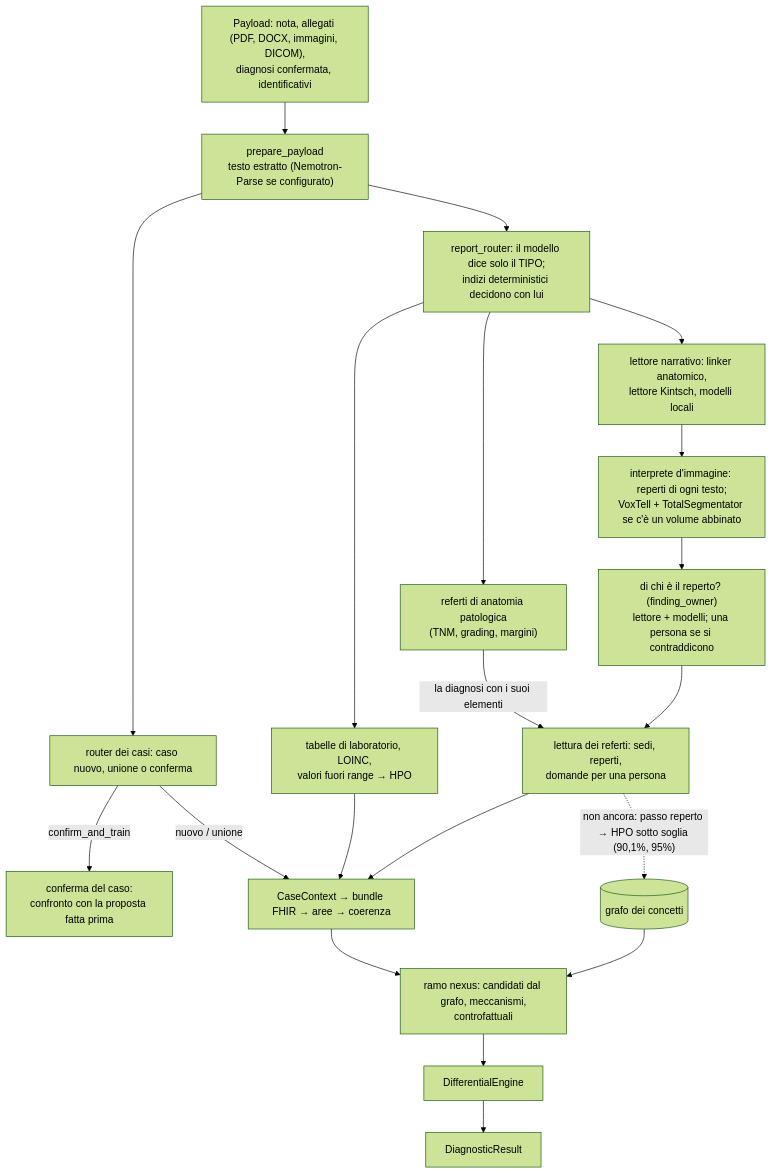
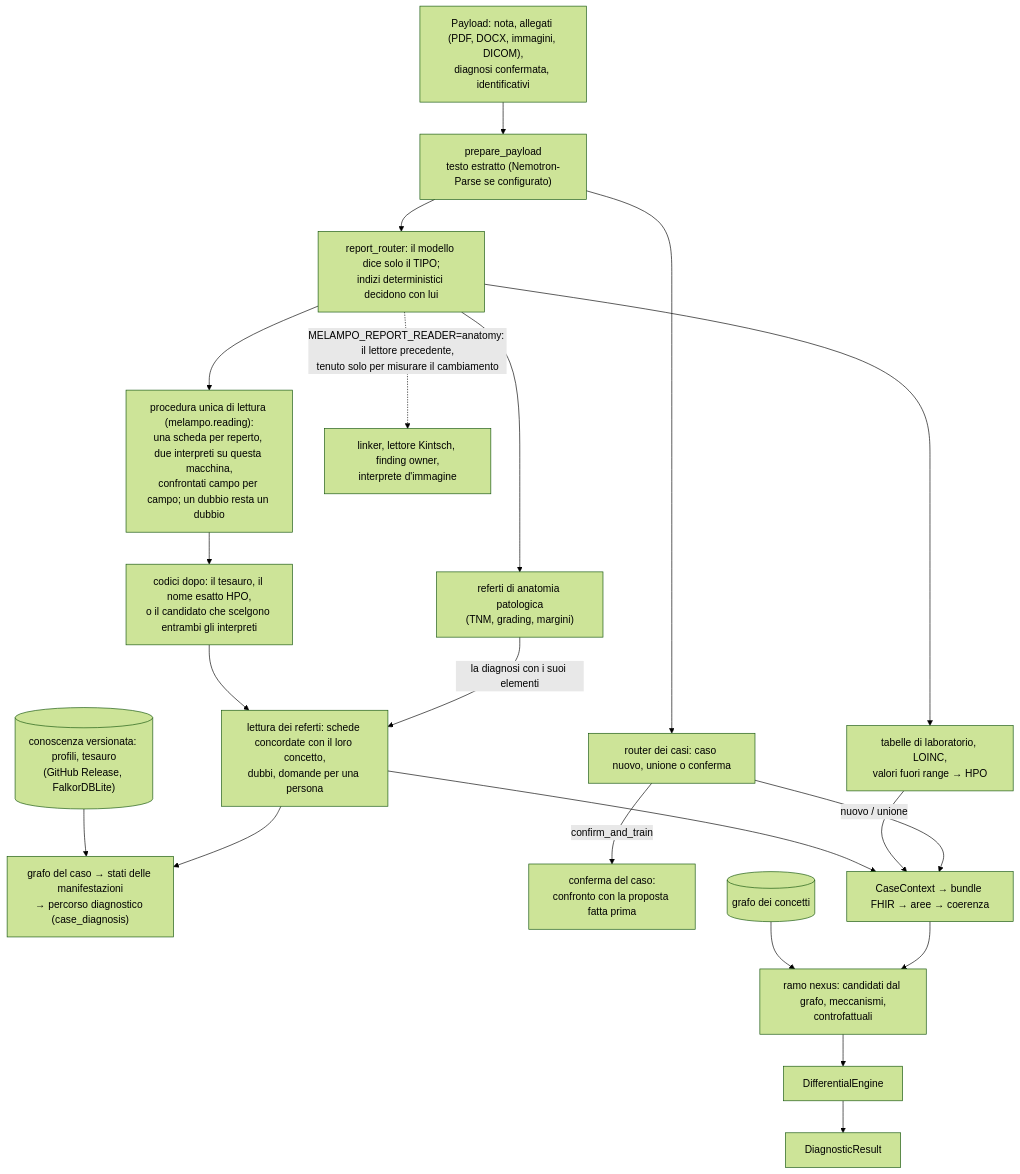
Before and after one commit to francescoluciolattari/Melampo-AI: the second of 2 diagrams in docs/it/ARCHITECTURE.md, drawn with Mermaid (forest theme). The commit also changed other lines of this file and 10 other files, not shown here.

First line of the commit message:
Documentation of 25 November 2026: the one procedure of reading, the systematic review, the versioned knowledge

````diff
--- a/docs/it/ARCHITECTURE.md
+++ b/docs/it/ARCHITECTURE.md
@@ -29,21 +32,22 @@
 ```mermaid
 flowchart TD
   payload["Payload: nota, allegati (PDF, DOCX, immagini, DICOM),<br/>diagnosi confermata, identificativi"] --> prep["prepare_payload<br/>testo estratto (Nemotron-Parse se configurato)"]
   prep --> router["report_router: il modello dice solo il TIPO;<br/>indizi deterministici decidono con lui"]
   router --> lab["tabelle di laboratorio, LOINC,<br/>valori fuori range → HPO"]
   router --> path["referti di anatomia patologica<br/>(TNM, grading, margini)"]
   path -->|"la diagnosi con i suoi elementi"| rr
-  router --> narr["lettore narrativo: linker anatomico,<br/>lettore Kintsch, modelli locali"]
-  narr --> img["interprete d'immagine: reperti di ogni testo;<br/>VoxTell + TotalSegmentator se c'è un volume abbinato"]
-  img --> owner["di chi è il reperto? (finding_owner)<br/>lettore + modelli; una persona se si contraddicono"]
-  owner --> rr["lettura dei referti: sedi, reperti,<br/>domande per una persona"]
+  router --> one["procedura unica di lettura (melampo.reading):<br/>una scheda per reperto, due interpreti su questa macchina,<br/>confrontati campo per campo; un dubbio resta un dubbio"]
+  one --> codes["codici dopo: il tesauro, il nome esatto HPO,<br/>o il candidato che scelgono entrambi gli interpreti"]
+  codes --> rr["lettura dei referti: schede concordate con il loro concetto,<br/>dubbi, domande per una persona"]
+  rr --> cg["grafo del caso → stati delle manifestazioni<br/>→ percorso diagnostico (case_diagnosis)"]
+  know[("conoscenza versionata: profili, tesauro<br/>(GitHub Release, FalkorDBLite)")] --> cg
+  router -.->|"MELAMPO_REPORT_READER=anatomy: il lettore precedente,<br/>tenuto solo per misurare il cambiamento"| narr["linker, lettore Kintsch, finding owner,<br/>interprete d'immagine"]
   prep --> d1["router dei casi: caso nuovo, unione o conferma"]
   d1 -->|confirm_and_train| conf["conferma del caso:<br/>confronto con la proposta fatta prima"]
   d1 -->|nuovo / unione| ingest["CaseContext → bundle FHIR → aree → coerenza"]
   lab --> ingest
   rr --> ingest
   ingest --> nexus["ramo nexus: candidati dal grafo, meccanismi,<br/>controfattuali"]
   nexus --> diff["DifferentialEngine"] --> res["DiagnosticResult"]
-  rr -.->|"non ancora: passo reperto → HPO sotto soglia (90,1%, 95%)"| graphnode[("grafo dei concetti")]
-  graphnode --> nexus
+  graphnode[("grafo dei concetti")] --> nexus
 ```
````
